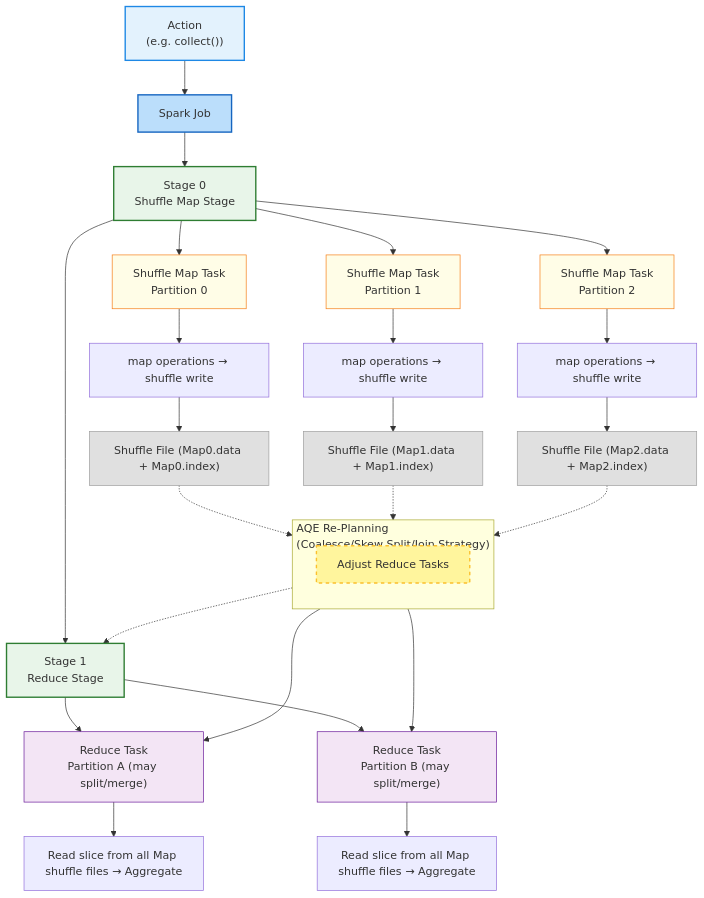
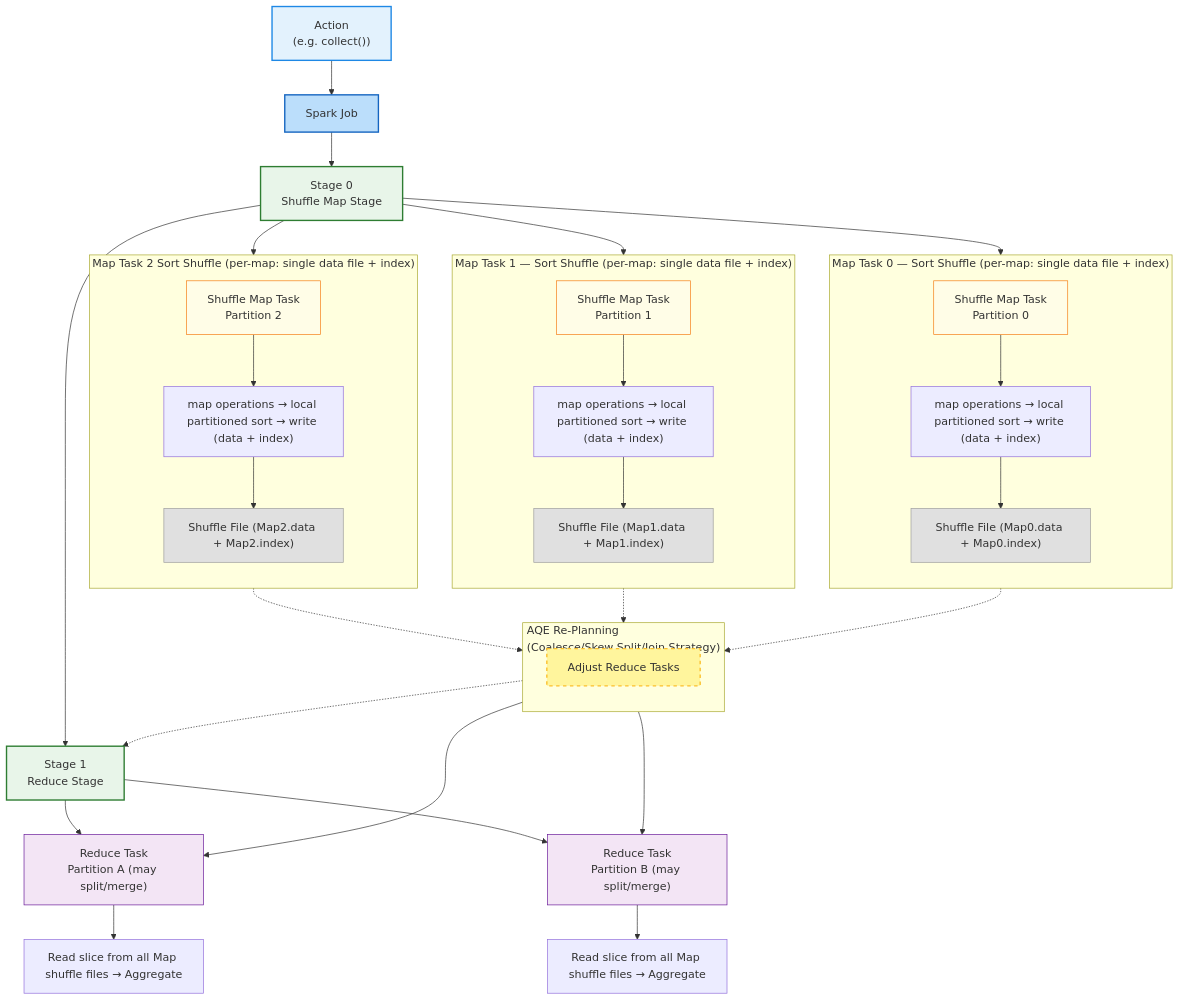
Before and after one commit to blaire101/Spark-Journey-2025: the second of 9 diagrams in README.md, drawn with Mermaid.

````diff
--- a/README.md
+++ b/README.md
@@ -96,67 +96,81 @@
 ```mermaid
 flowchart TD
     %% Action & Job
     A["Action<br>(e.g. collect())"]
     A --> Job["Spark Job"]
 
     %% Stages
     Job --> Stage0["Stage 0<br>Shuffle Map Stage"]
     Stage0 --> Stage1["Stage 1<br>Reduce Stage"]
 
-    %% Stage0 Tasks (3 input partitions)
-    Stage0 --> T1["Shuffle Map Task<br>Partition 0"]
-    Stage0 --> T2["Shuffle Map Task<br>Partition 1"]
-    Stage0 --> T3["Shuffle Map Task<br>Partition 2"]
+    %% ===== Map0: Sort-based Shuffle 子图 =====
+    subgraph SB0["Map Task 0 — Sort Shuffle (per-map: single data file + index)"]
+        direction TB
+        T1["Shuffle Map Task<br>Partition 0"]
+        T1 --> M1["map operations → local partitioned sort → write (data + index)"]
+        M1 --> SF1["Shuffle File (Map0.data + Map0.index)"]
+    end
 
-    %% Task 内部 pipeline (map + shuffle write)
-    T1 --> M1["map operations → shuffle write"]
-    T2 --> M2["map operations → shuffle write"]
-    T3 --> M3["map operations → shuffle write"]
+    %% ===== Map1: Sort-based Shuffle 子图 =====
+    subgraph SB1["Map Task 1 — Sort Shuffle (per-map: single data file + index)"]
+        direction TB
+        T2["Shuffle Map Task<br>Partition 1"]
+        T2 --> M2["map operations → local partitioned sort → write (data + index)"]
+        M2 --> SF2["Shuffle File (Map1.data + Map1.index)"]
+    end
 
-    %% Shuffle 文件 (每个MapTask一组，灰色表示data+index)
-    M1 --> SF1["Shuffle File (Map0.data + Map0.index)"]
-    M2 --> SF2["Shuffle File (Map1.data + Map1.index)"]
-    M3 --> SF3["Shuffle File (Map2.data + Map2.index)"]
+    %% ===== Map2: Sort-based Shuffle 子图 =====
+    subgraph SB2["Map Task 2 Sort Shuffle (per-map: single data file + index)"]
+        direction TB
+        T3["Shuffle Map Task<br>Partition 2"]
+        T3 --> M3["map operations → local partitioned sort → write (data + index)"]
+        M3 --> SF3["Shuffle File (Map2.data + Map2.index)"]
+    end
+
+    %% Stage0 指向各 Map 任务（在子图内）
+    Stage0 --> T1
+    Stage0 --> T2
+    Stage0 --> T3
 
     %% AQE 节点 (黄色虚线框，Stage1 reduce task 调整)
     subgraph AQE["AQE Re-Planning<br>(Coalesce/Skew Split/Join Strategy)"]
         direction TB
         AQE_T["Adjust Reduce Tasks"]
     end
     SF1 -.-> AQE
     SF2 -.-> AQE
     SF3 -.-> AQE
     AQE -.-> Stage1
 
     %% Stage1 Reduce Tasks (调整后)
     AQE --> T4["Reduce Task<br>Partition A (may split/merge)"]
     AQE --> T5["Reduce Task<br>Partition B (may split/merge)"]
 
     %% Reduce task pipeline (说明节点，无色)
     T4 --> R1["Read slice from all Map shuffle files → Aggregate"]
     T5 --> R2["Read slice from all Map shuffle files → Aggregate"]
 
     Stage1 --> T4
     Stage1 --> T5
 
     %% Stage颜色
     style Stage0 fill:#e8f5e9,stroke:#2e7d32,stroke-width:2px
     style Stage1 fill:#e8f5e9,stroke:#2e7d32,stroke-width:2px
 
     %% Task颜色
     style T1 fill:#fffde7,stroke:#f57f17
     style T2 fill:#fffde7,stroke:#f57f17
     style T3 fill:#fffde7,stroke:#f57f17
     style T4 fill:#f3e5f5,stroke:#6a1b9a
     style T5 fill:#f3e5f5,stroke:#6a1b9a
     style AQE_T fill:#fff59d,stroke:#fbc02d,stroke-dasharray:5 5,stroke-width:2px
 
     %% Shuffle 文件颜色
     style SF1 fill:#e0e0e0,stroke:#9e9e9e
     style SF2 fill:#e0e0e0,stroke:#9e9e9e
     style SF3 fill:#e0e0e0,stroke:#9e9e9e
 
     %% Action & Job 颜色
     style A fill:#e3f2fd,stroke:#1e88e5,stroke-width:2px
     style Job fill:#bbdefb,stroke:#1565c0,stroke-width:2px
 ```
````
